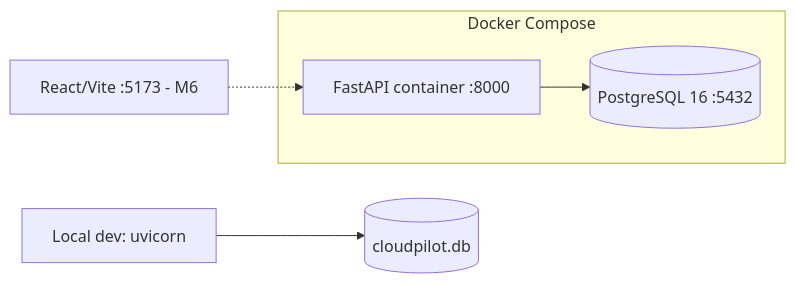
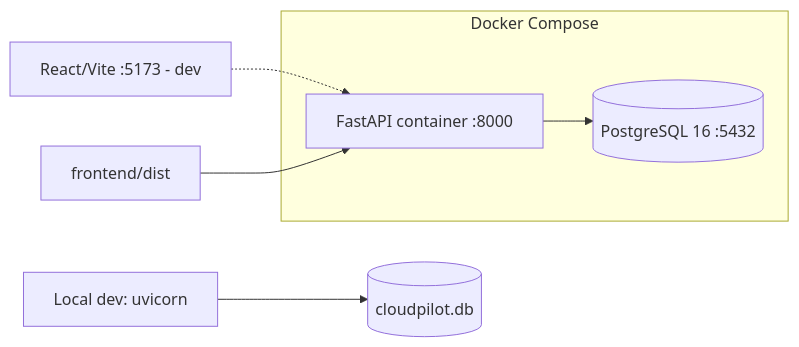
One commit to bharath609/CloudPilot.ai changed the fourth of 4 diagrams in docs/ARCHITECTURE.md. Above: the diagram before and after it, drawn with Mermaid. The commit also changed other lines of this file and 64 other files, not shown here.

````diff
--- a/docs/ARCHITECTURE.md
+++ b/docs/ARCHITECTURE.md
@@ -557,8 +626,9 @@
 ```mermaid
 flowchart LR
   subgraph Docker Compose
     API[FastAPI container :8000] --> PG[(PostgreSQL 16 :5432)]
   end
   DEV[Local dev: uvicorn] --> SQLITE[(cloudpilot.db)]
-  WEB[React/Vite :5173 - M6] -.-> API
+  WEB[React/Vite :5173 - dev] -.-> API
+  BUILT[frontend/dist] --> API
 ```
````
